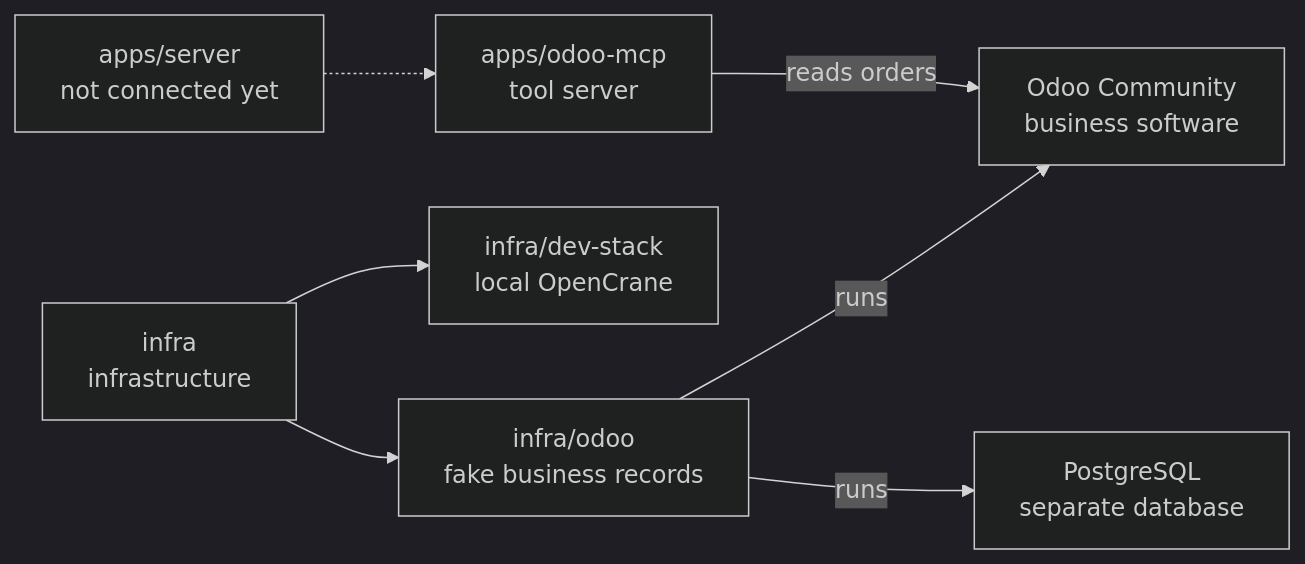
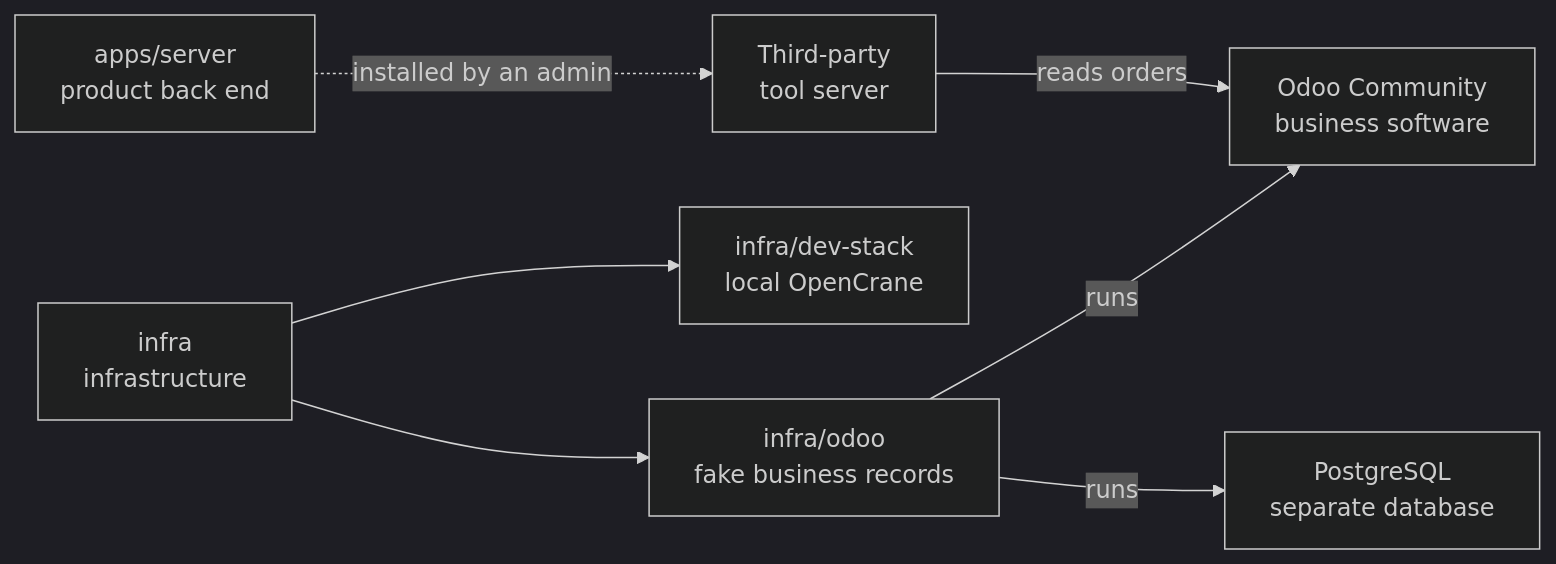
One commit to elewa-git/opencrane-new changed the diagram in infra/odoo/README.md. Above: the diagram before and after it, drawn with Mermaid (dark theme). The commit also changed other lines of this file and 29 other files, not shown here.

Commit message:
🧹 Remove the Odoo application and use generic tool examples

````diff
--- a/infra/odoo/README.md
+++ b/infra/odoo/README.md
@@ -17,9 +17,9 @@
 ```mermaid
 flowchart LR
   infra["infra<br/>infrastructure"] --> fixture["infra/odoo<br/>fake business records"]
   infra --> stack["infra/dev-stack<br/>local OpenCrane"]
   fixture -->|runs| odoo["Odoo Community<br/>business software"]
   fixture -->|runs| database["PostgreSQL<br/>separate database"]
-  adapter["apps/odoo-mcp<br/>tool server"] -->|reads orders| odoo
-  server["apps/server<br/>not connected yet"] -.-> adapter
+  adapter["Third-party<br/>tool server"] -->|reads orders| odoo
+  server["apps/server<br/>product back end"] -.->|installed by an admin| adapter
 ```
````
